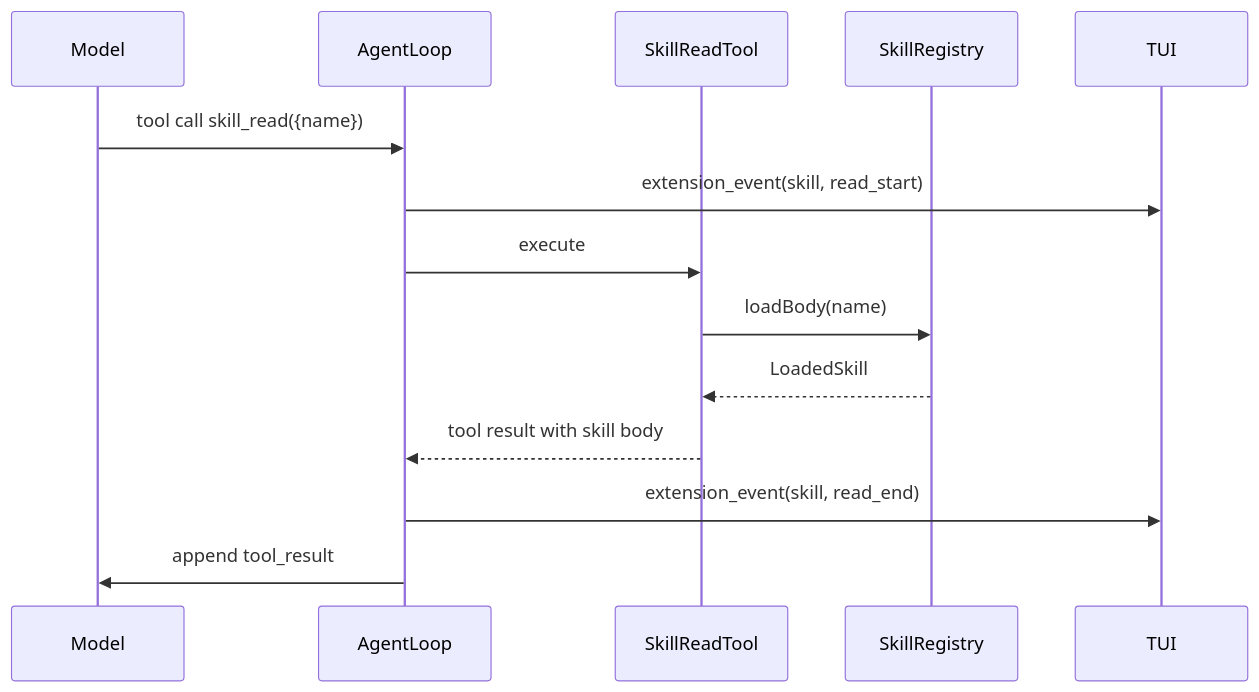
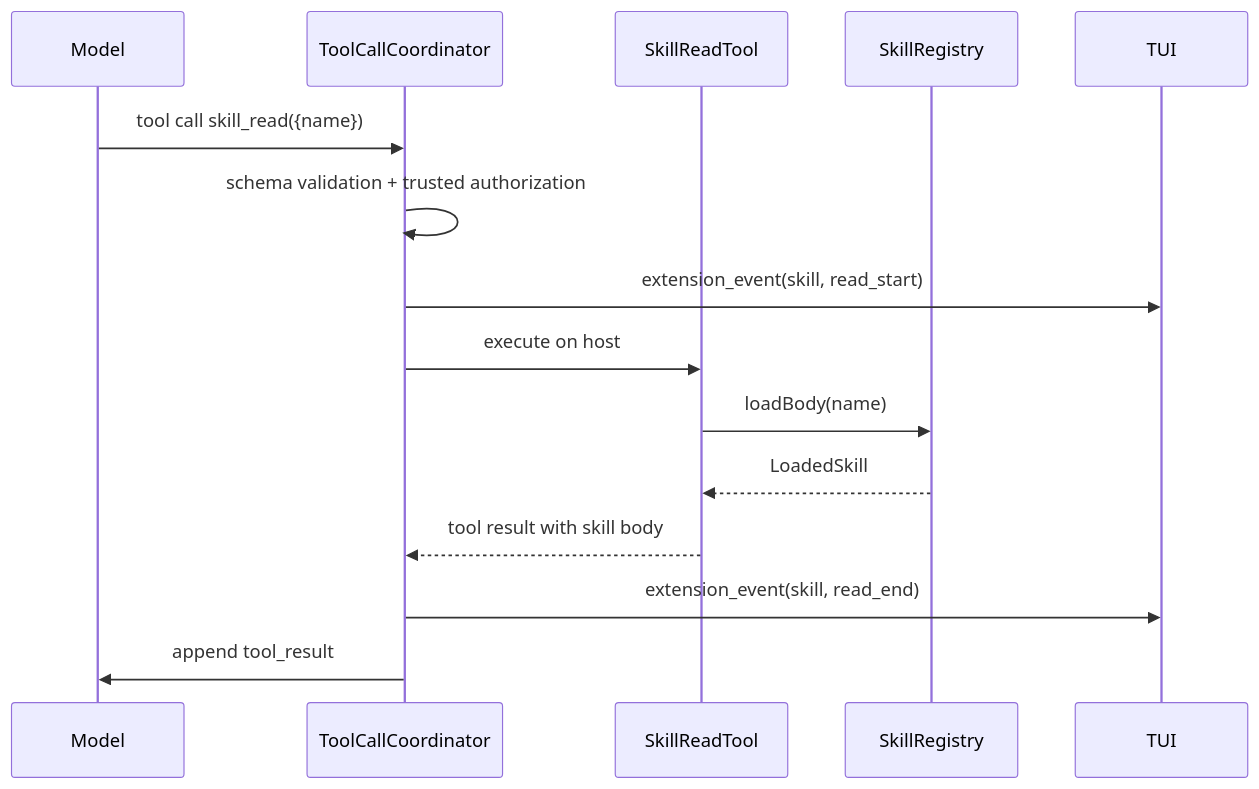
One commit to xdnloveme/omni-agent changed the second of 3 diagrams in docs/skill-system-architecture.md. Above: the diagram before and after it, drawn with Mermaid. The commit also changed other lines of this file and 5 other files, not shown here.

Commit message:
docs: document tool runtime and permission architecture

````diff
--- a/docs/skill-system-architecture.md
+++ b/docs/skill-system-architecture.md
@@ -234,17 +235,18 @@
 ```mermaid
 sequenceDiagram
   participant Model
-  participant AgentLoop
+  participant Coordinator as ToolCallCoordinator
   participant SkillReadTool
   participant SkillRegistry
   participant TUI
 
-  Model->>AgentLoop: tool call skill_read({name})
-  AgentLoop->>TUI: extension_event(skill, read_start)
-  AgentLoop->>SkillReadTool: execute
+  Model->>Coordinator: tool call skill_read({name})
+  Coordinator->>Coordinator: schema validation + trusted authorization
+  Coordinator->>TUI: extension_event(skill, read_start)
+  Coordinator->>SkillReadTool: execute on host
   SkillReadTool->>SkillRegistry: loadBody(name)
   SkillRegistry-->>SkillReadTool: LoadedSkill
-  SkillReadTool-->>AgentLoop: tool result with skill body
-  AgentLoop->>TUI: extension_event(skill, read_end)
-  AgentLoop->>Model: append tool_result
+  SkillReadTool-->>Coordinator: tool result with skill body
+  Coordinator->>TUI: extension_event(skill, read_end)
+  Coordinator->>Model: append tool_result
 ```
````
